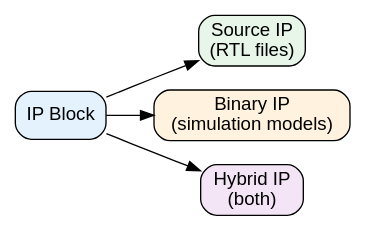
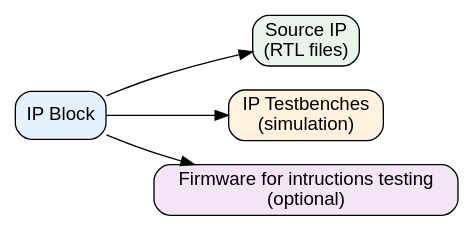
Before and after one commit to RWU-SOC/aly-tool: the sixth of 7 diagrams in docs/source/concepts.rst, drawn with Graphviz. The commit also changed other lines of this file and 14 other files, not shown here.

```diff
--- a/docs/source/concepts.rst
+++ b/docs/source/concepts.rst
@@ -362,18 +427,18 @@
 .. graphviz::
    :align: center
    :caption: IP Classification
 
    digraph ip_types {
       rankdir=LR;
       node [shape=box, style="rounded,filled", fontname="sans-serif"];
 
       ip [label="IP Block", fillcolor="#e3f2fd"];
 
       src [label="Source IP\n(RTL files)", fillcolor="#e8f5e9"];
-      bin [label="Binary IP\n(simulation models)", fillcolor="#fff3e0"];
-      hybrid [label="Hybrid IP\n(both)", fillcolor="#f3e5f5"];
+      tb [label="IP Testbenches\n(simulation)", fillcolor="#fff3e0"];
+      fw [label="Firmware for intructions testing\n(optional)", fillcolor="#f3e5f5"];
 
       ip -> src;
-      ip -> bin;
-      ip -> hybrid;
+      ip -> tb;
+      ip -> fw;
    }
```
